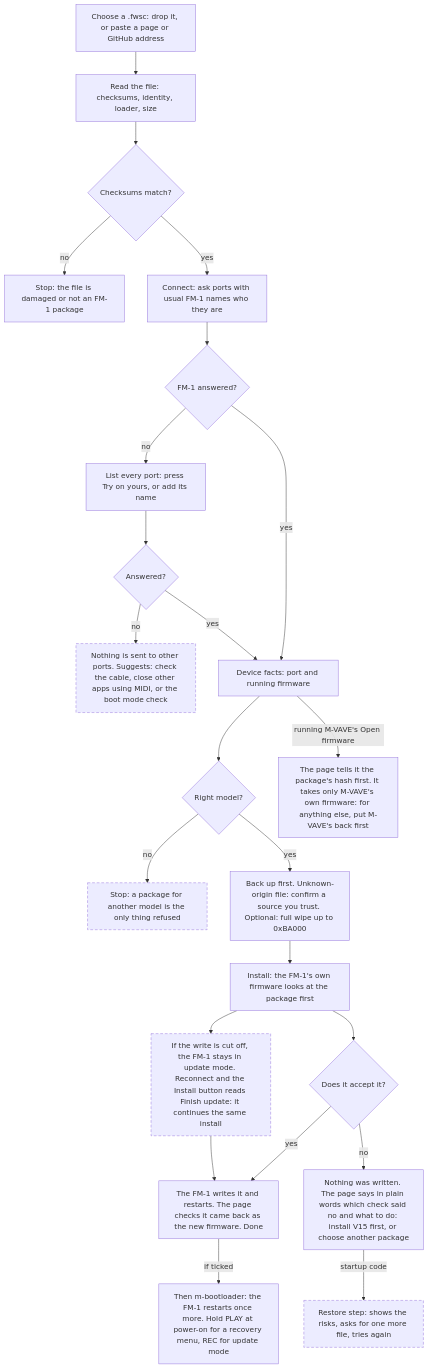
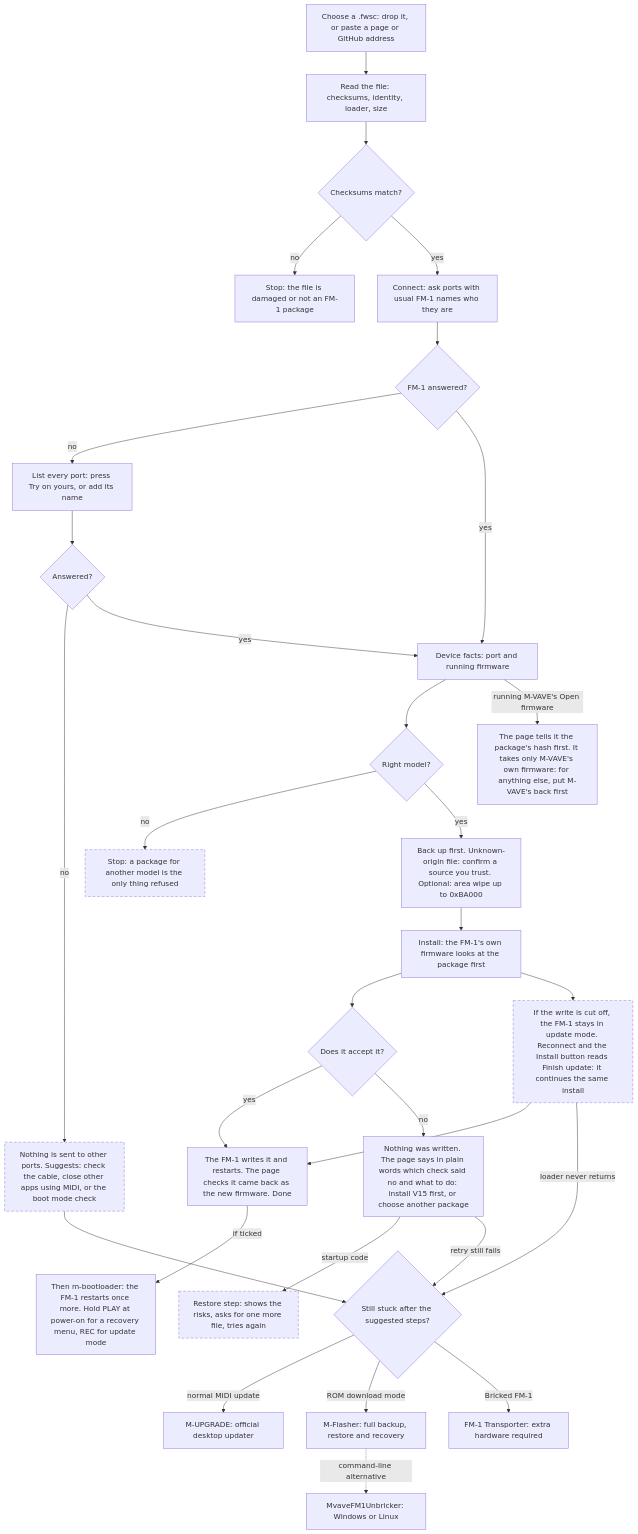
The first of 2 diagrams in README.md (seajaysec/fm-static), drawn with Mermaid before and after one commit. The commit also changed other lines of this file and 13 other files, not shown here.

````diff
--- a/README.md
+++ b/README.md
@@ -65,27 +95,34 @@
 ```mermaid
 flowchart TD
   A[Choose a .fwsc: drop it, or paste a page or GitHub address] --> B[Read the file: checksums, identity, loader, size]
   B --> C{Checksums match?}
   C -- no --> C1[Stop: the file is damaged or not an FM-1 package]
   C -- yes --> D[Connect: ask ports with usual FM-1 names who they are]
   D --> E{FM-1 answered?}
   E -- no --> F[List every port: press Try on yours, or add its name]
   F --> G{Answered?}
   G -- no --> H[Nothing is sent to other ports. Suggests: check the cable, close other apps using MIDI, or the boot mode check]
   E -- yes --> I[Device facts: port and running firmware]
   G -- yes --> I
   I --> J{Right model?}
   I -- "running M-VAVE's Open firmware" --> X[The page tells it the package's hash first. It takes only M-VAVE's own firmware: for anything else, put M-VAVE's back first]
   J -- no --> J1[Stop: a package for another model is the only thing refused]
-  J -- yes --> K[Back up first. Unknown-origin file: confirm a source you trust. Optional: full wipe up to 0xBA000]
+  J -- yes --> K[Back up first. Unknown-origin file: confirm a source you trust. Optional: area wipe up to 0xBA000]
   K --> M[Install: the FM-1's own firmware looks at the package first]
   M --> N{Does it accept it?}
   N -- yes --> O[The FM-1 writes it and restarts. The page checks it came back as the new firmware. Done]
   N -- no --> Q[Nothing was written. The page says in plain words which check said no and what to do: install V15 first, or choose another package]
   Q -- startup code --> R[Restore step: shows the risks, asks for one more file, tries again]
   O -- if ticked --> W[Then m-bootloader: the FM-1 restarts once more. Hold PLAY at power-on for a recovery menu, REC for update mode]
   M --> S[If the write is cut off, the FM-1 stays in update mode. Reconnect and the Install button reads Finish update: it continues the same install]
   S --> O
+  H --> T{Still stuck after the suggested steps?}
+  Q -- retry still fails --> T
+  S -- loader never returns --> T
+  T -- normal MIDI update --> U[M-UPGRADE: official desktop updater]
+  T -- ROM download mode --> V[M-Flasher: full backup, restore and recovery]
+  V -. command-line alternative .-> Z[MvaveFM1Unbricker: Windows or Linux]
+  T -- Bricked FM-1 --> Y[FM-1 Transporter: extra hardware required]
   classDef notrun stroke-dasharray: 6 4
   class H,J1,S,R notrun
 ```
````
